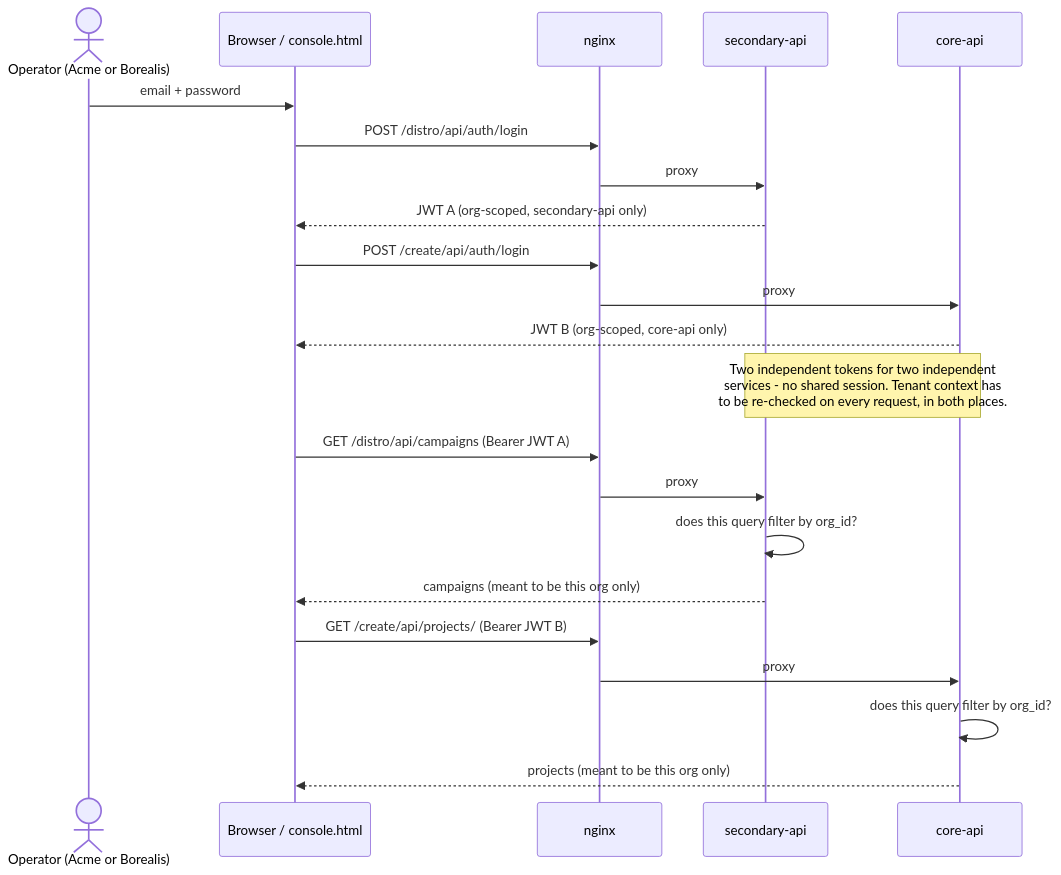
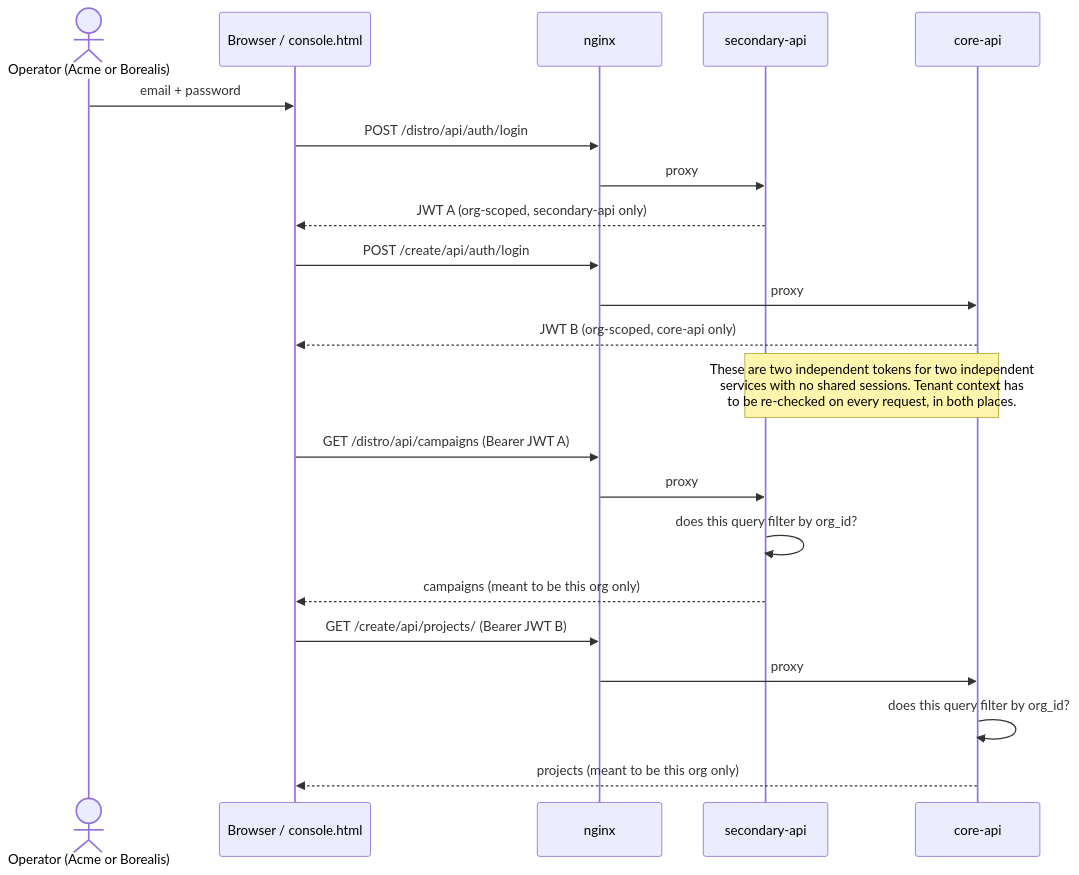
Before and after one commit to TheVoidThatConsumes/TenantSheep: the second of 2 diagrams in README.md, drawn with Mermaid. The commit also changed other lines of this file, not shown here.

````diff
--- a/README.md
+++ b/README.md
@@ -65,29 +65,29 @@
 ```mermaid
 sequenceDiagram
     actor Op as Operator (Acme or Borealis)
     participant UI as Browser / console.html
     participant Nginx as nginx
     participant Sec as secondary-api
     participant Core as core-api
 
     Op->>UI: email + password
     UI->>Nginx: POST /distro/api/auth/login
     Nginx->>Sec: proxy
     Sec-->>UI: JWT A (org-scoped, secondary-api only)
 
     UI->>Nginx: POST /create/api/auth/login
     Nginx->>Core: proxy
     Core-->>UI: JWT B (org-scoped, core-api only)
 
-    Note over Sec,Core: Two independent tokens for two independent<br/>services - no shared session. Tenant context has<br/>to be re-checked on every request, in both places.
+    Note over Sec,Core: These are two independent tokens for two independent<br/>services with no shared sessions. Tenant context has<br/>to be re-checked on every request, in both places.
 
     UI->>Nginx: GET /distro/api/campaigns (Bearer JWT A)
     Nginx->>Sec: proxy
     Sec->>Sec: does this query filter by org_id?
     Sec-->>UI: campaigns (meant to be this org only)
 
     UI->>Nginx: GET /create/api/projects/ (Bearer JWT B)
     Nginx->>Core: proxy
     Core->>Core: does this query filter by org_id?
     Core-->>UI: projects (meant to be this org only)
 ```
````
